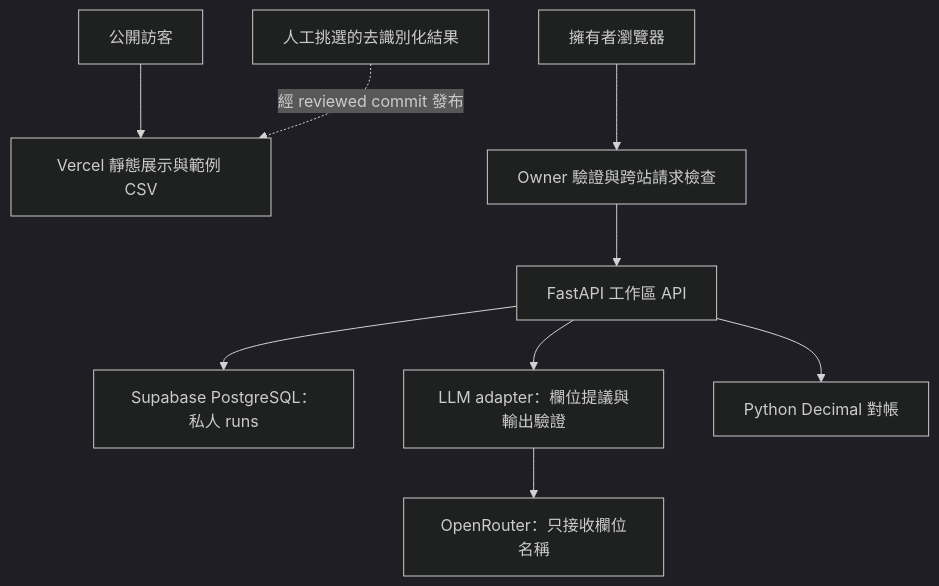
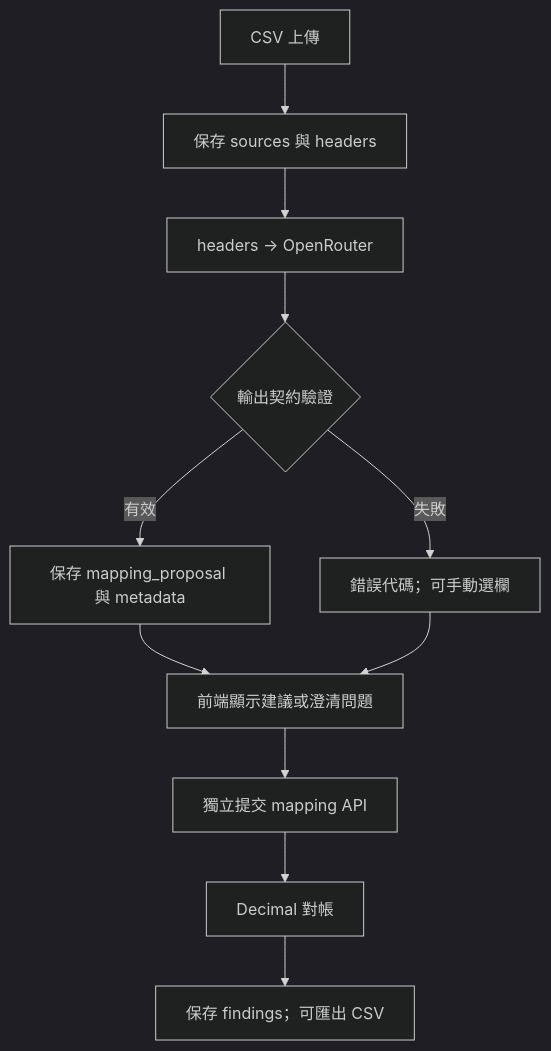
One commit to ed3c/ops-reconciliation-copilot changed the diagram in README.md. Above: the diagram before and after it, drawn with Mermaid (dark theme). The commit also changed other lines of this file, not shown here.

````diff
--- a/README.md
+++ b/README.md
@@ -55,11 +26,13 @@
 ```mermaid
 flowchart TD
-    Visitor["公開訪客"] --> Static["Vercel 靜態展示與範例 CSV"]
-    Owner["擁有者瀏覽器"] --> Gate["Owner 驗證與跨站請求檢查"]
-    Gate --> API["FastAPI 工作區 API"]
-    API --> DB["Supabase PostgreSQL：私人 runs"]
-    API --> Adapter["LLM adapter：欄位提議與輸出驗證"]
-    Adapter --> Model["OpenRouter：只接收欄位名稱"]
-    API --> Rules["Python Decimal 對帳"]
-    Curated["人工挑選的去識別化結果"] -. "經 reviewed commit 發布" .-> Static
+    CSV["CSV 上傳"] --> Source["保存 sources 與 headers"]
+    Source --> LLM["headers → OpenRouter"]
+    LLM --> Validate{"輸出契約驗證"}
+    Validate -->|有效| Proposal["保存 mapping_proposal 與 metadata"]
+    Validate -->|失敗| Error["錯誤代碼；可手動選欄"]
+    Proposal --> UI["前端顯示建議或澄清問題"]
+    Error --> UI
+    UI --> Mapping["獨立提交 mapping API"]
+    Mapping --> Rules["Decimal 對帳"]
+    Rules --> Result["保存 findings；可匯出 CSV"]
 ```
````
